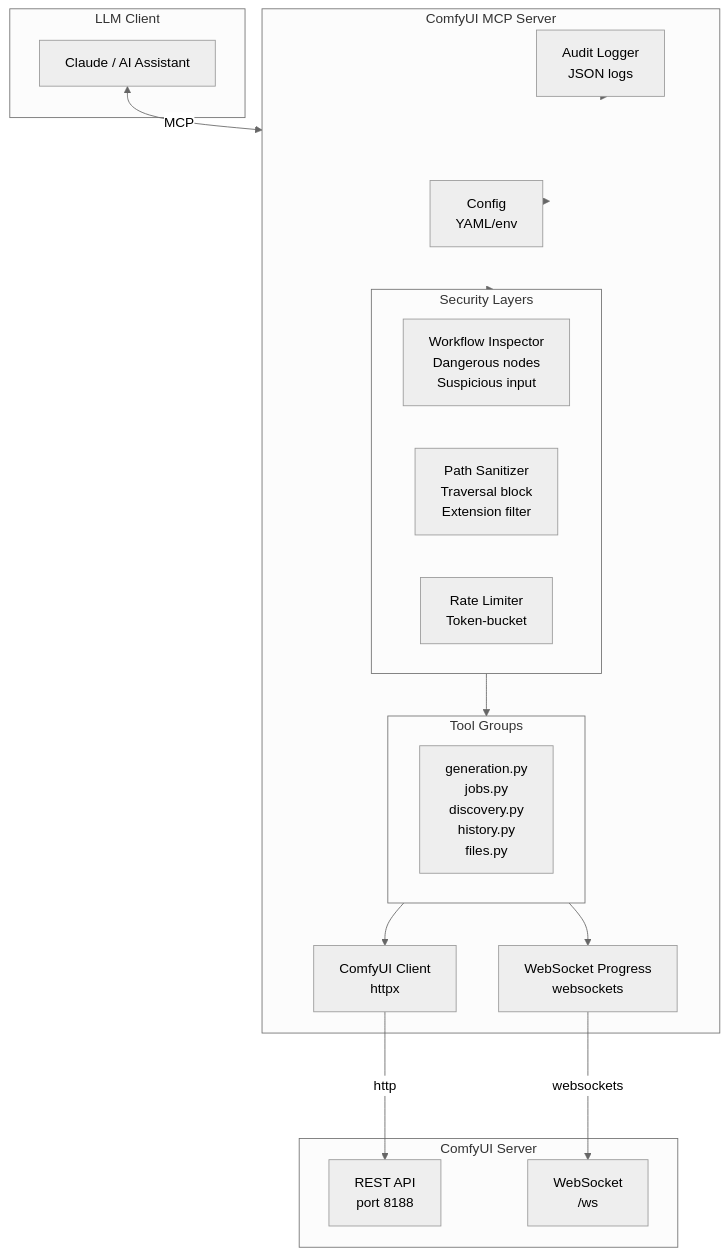
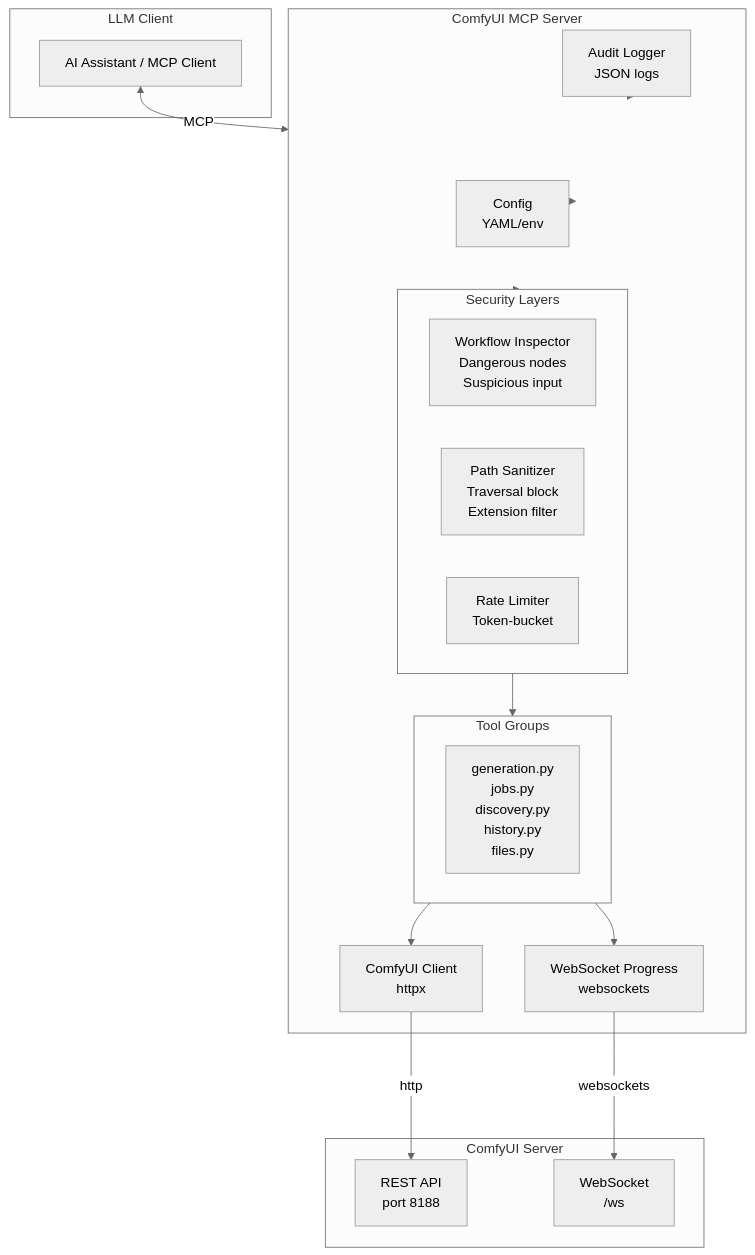
Before and after one commit to hybridindie/comfyui_mcp: the diagram in README.md, drawn with Mermaid (neutral theme). The commit also changed other lines of this file and 30 other files, not shown here.

````diff
--- a/README.md
+++ b/README.md
@@ -680,40 +642,40 @@
 ```mermaid
 flowchart TB
     subgraph Client["LLM Client"]
-        MC[Claude / AI Assistant]
+        MC[AI Assistant / MCP Client]
     end
 
     subgraph MCP["ComfyUI MCP Server"]
         CONFIG[Config<br/>YAML/env]
         AL[Audit Logger<br/>JSON logs]
 
         subgraph Security["Security Layers"]
             WI[Workflow Inspector<br/>Dangerous nodes<br/>Suspicious input]
             PS[Path Sanitizer<br/>Traversal block<br/>Extension filter]
             RL[Rate Limiter<br/>Token-bucket]
         end
 
         subgraph Tools["Tool Groups"]
             TG[generation.py<br/>jobs.py<br/>discovery.py<br/>history.py<br/>files.py]
         end
 
         API[ComfyUI Client<br/>httpx]
         WS[WebSocket Progress<br/>websockets]
     end
 
     subgraph ComfyUI["ComfyUI Server"]
         CS[REST API<br/>port 8188]
         CWS[WebSocket<br/>/ws]
     end
 
     MC <--MCP--> MCP
     CONFIG --> MCP
     AL --> MCP
 
     MCP --> Security
     Security --> Tools
     Tools --> API
     Tools --> WS
     API --httpx--> CS
     WS --websockets--> CWS
 ```
````
